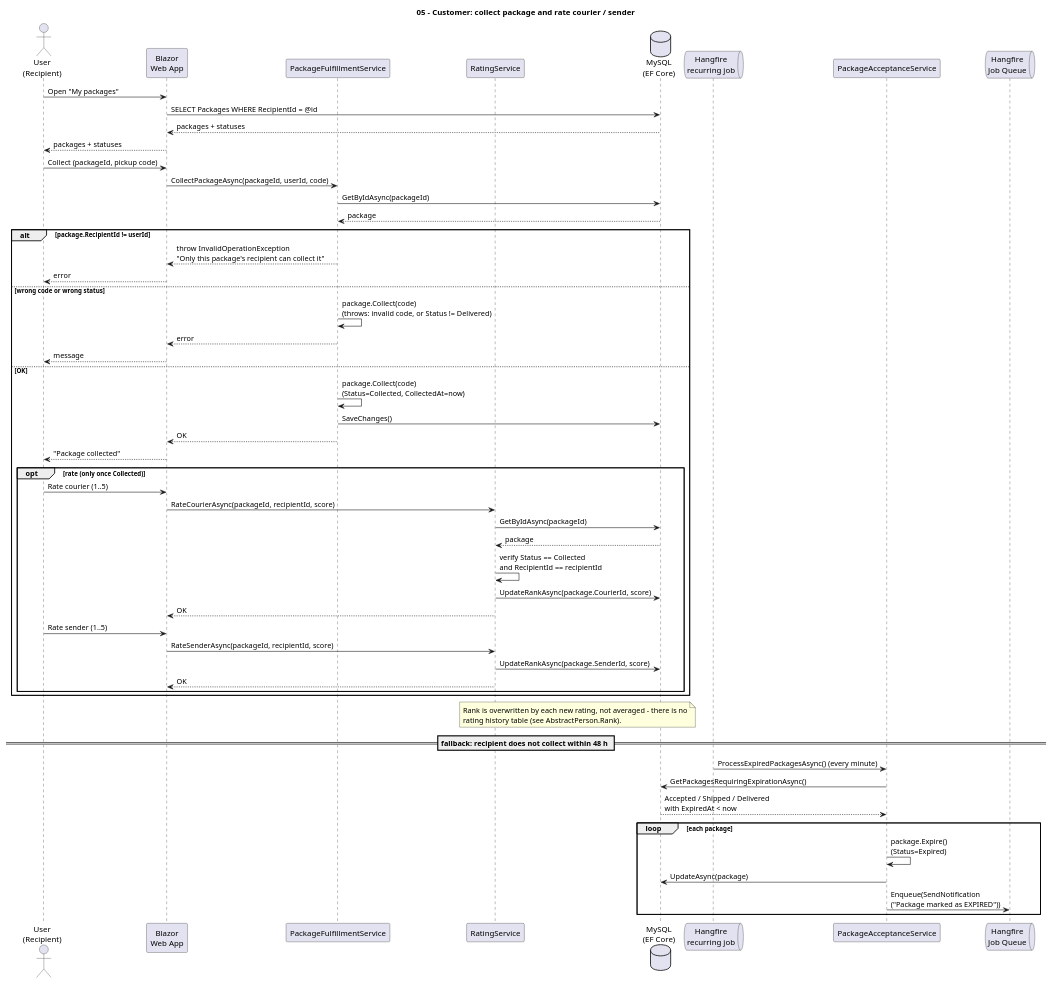
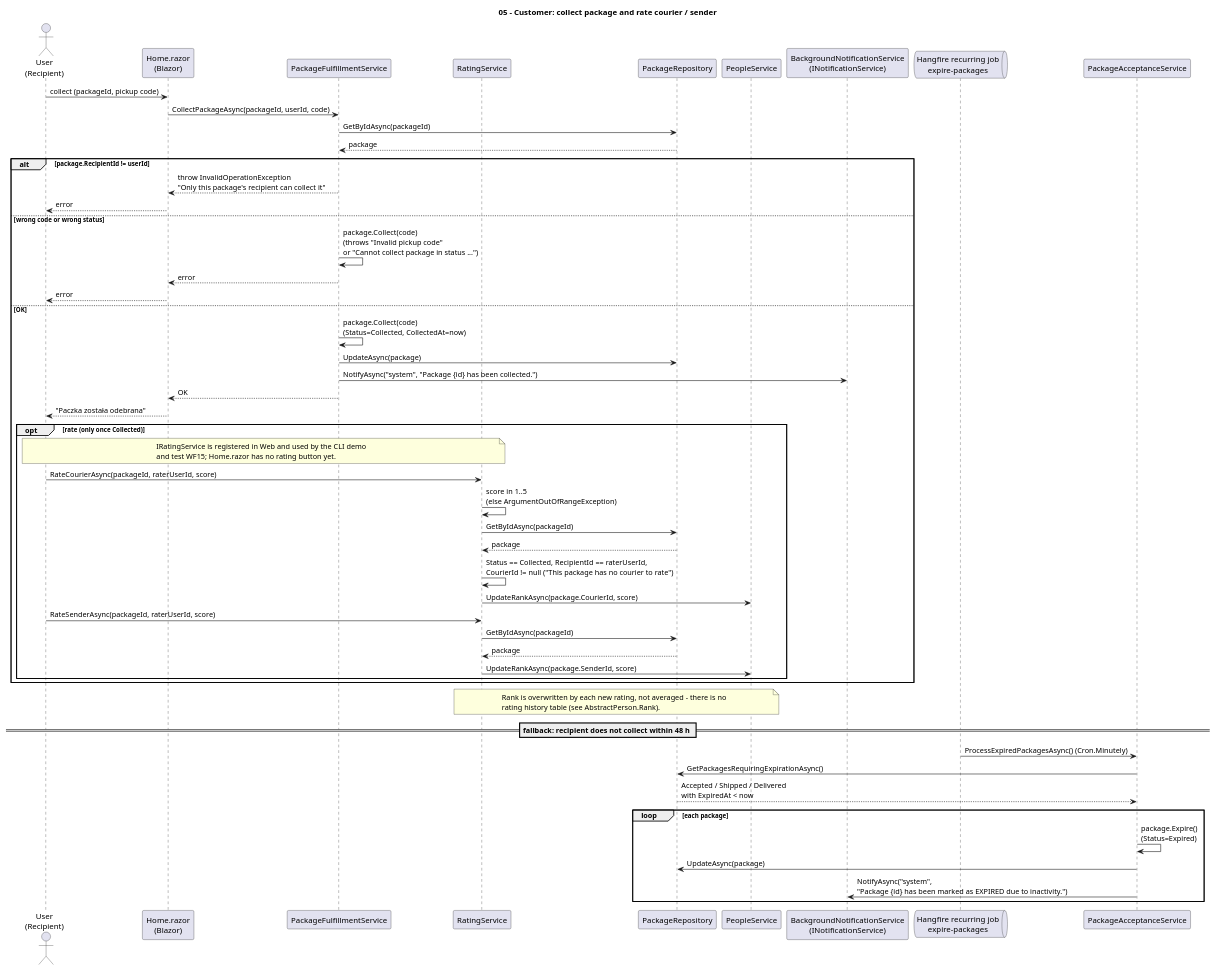
One commit to AGH-ISI-projects/package-management changed the fifth of 6 diagrams in krzycha/docs/nowe/sekwencje/sequence-diagrams.puml. Above: the diagram before and after it, drawn with PlantUML. The commit also changed other lines of this file and 20 other files, not shown here.

First line of the commit message:
Diagramy w docs/nowe: tylko klasy i metody istniejące w kodzie

```diff
--- a/krzycha/docs/nowe/sekwencje/sequence-diagrams.puml
+++ b/krzycha/docs/nowe/sekwencje/sequence-diagrams.puml
@@ -256,67 +292,67 @@
 @startuml 05-customer-collect-and-rate
 title 05 - Customer: collect package and rate courier / sender
 
 actor "User\n(Recipient)" as Recipient
-participant "Blazor\nWeb App" as Web
+participant "Home.razor\n(Blazor)" as Web
 participant "PackageFulfillmentService" as FulfillSvc
 participant "RatingService" as RatingSvc
-database "MySQL\n(EF Core)" as DB
+participant "PackageRepository" as PkgRepo
+participant "PeopleService" as People
+participant "BackgroundNotificationService\n(INotificationService)" as Notify
 
-Recipient -> Web: Open "My packages"
-Web -> DB: SELECT Packages WHERE RecipientId = @id
-DB --> Web: packages + statuses
-Web --> Recipient: packages + statuses
-
-Recipient -> Web: Collect (packageId, pickup code)
+Recipient -> Web: collect (packageId, pickup code)
 Web -> FulfillSvc: CollectPackageAsync(packageId, userId, code)
-FulfillSvc -> DB: GetByIdAsync(packageId)
-DB --> FulfillSvc: package
+FulfillSvc -> PkgRepo: GetByIdAsync(packageId)
+PkgRepo --> FulfillSvc: package
 
 alt package.RecipientId != userId
     FulfillSvc --> Web: throw InvalidOperationException\n"Only this package's recipient can collect it"
     Web --> Recipient: error
 else wrong code or wrong status
-    FulfillSvc -> FulfillSvc: package.Collect(code)\n(throws: invalid code, or Status != Delivered)
+    FulfillSvc -> FulfillSvc: package.Collect(code)\n(throws "Invalid pickup code"\nor "Cannot collect package in status ...")
     FulfillSvc --> Web: error
-    Web --> Recipient: message
+    Web --> Recipient: error
 else OK
     FulfillSvc -> FulfillSvc: package.Collect(code)\n(Status=Collected, CollectedAt=now)
-    FulfillSvc -> DB: SaveChanges()
+    FulfillSvc -> PkgRepo: UpdateAsync(package)
+    FulfillSvc -> Notify: NotifyAsync("system", "Package {id} has been collected.")
     FulfillSvc --> Web: OK
-    Web --> Recipient: "Package collected"
+    Web --> Recipient: "Paczka została odebrana"
 
     opt rate (only once Collected)
-        Recipient -> Web: Rate courier (1..5)
-        Web -> RatingSvc: RateCourierAsync(packageId, recipientId, score)
-        RatingSvc -> DB: GetByIdAsync(packageId)
-        DB --> RatingSvc: package
-        RatingSvc -> RatingSvc: verify Status == Collected\nand RecipientId == recipientId
-        RatingSvc -> DB: UpdateRankAsync(package.CourierId, score)
-        RatingSvc --> Web: OK
+        note over Recipient, RatingSvc
+          IRatingService is registered in Web and used by the CLI demo
+          and test WF15; Home.razor has no rating button yet.
+        end note
+        Recipient -> RatingSvc: RateCourierAsync(packageId, raterUserId, score)
+        RatingSvc -> RatingSvc: score in 1..5\n(else ArgumentOutOfRangeException)
+        RatingSvc -> PkgRepo: GetByIdAsync(packageId)
+        PkgRepo --> RatingSvc: package
+        RatingSvc -> RatingSvc: Status == Collected, RecipientId == raterUserId,\nCourierId != null ("This package has no courier to rate")
+        RatingSvc -> People: UpdateRankAsync(package.CourierId, score)
 
-        Recipient -> Web: Rate sender (1..5)
-        Web -> RatingSvc: RateSenderAsync(packageId, recipientId, score)
-        RatingSvc -> DB: UpdateRankAsync(package.SenderId, score)
-        RatingSvc --> Web: OK
+        Recipient -> RatingSvc: RateSenderAsync(packageId, raterUserId, score)
+        RatingSvc -> PkgRepo: GetByIdAsync(packageId)
+        PkgRepo --> RatingSvc: package
+        RatingSvc -> People: UpdateRankAsync(package.SenderId, score)
     end
 end
 
-note over RatingSvc, DB
+note over RatingSvc, People
   Rank is overwritten by each new rating, not averaged - there is no
   rating history table (see AbstractPerson.Rank).
 end note
 
 == fallback: recipient does not collect within 48 h ==
-queue "Hangfire\nrecurring job" as Recurring
+queue "Hangfire recurring job\nexpire-packages" as Recurring
 participant "PackageAcceptanceService" as AcceptSvc
-queue "Hangfire\nJob Queue" as Hangfire
-Recurring -> AcceptSvc: ProcessExpiredPackagesAsync() (every minute)
-AcceptSvc -> DB: GetPackagesRequiringExpirationAsync()
-DB --> AcceptSvc: Accepted / Shipped / Delivered\nwith ExpiredAt < now
+Recurring -> AcceptSvc: ProcessExpiredPackagesAsync() (Cron.Minutely)
+AcceptSvc -> PkgRepo: GetPackagesRequiringExpirationAsync()
+PkgRepo --> AcceptSvc: Accepted / Shipped / Delivered\nwith ExpiredAt < now
 loop each package
     AcceptSvc -> AcceptSvc: package.Expire()\n(Status=Expired)
-    AcceptSvc -> DB: UpdateAsync(package)
-    AcceptSvc -> Hangfire: Enqueue(SendNotification\n("Package marked as EXPIRED"))
+    AcceptSvc -> PkgRepo: UpdateAsync(package)
+    AcceptSvc -> Notify: NotifyAsync("system",\n"Package {id} has been marked as EXPIRED due to inactivity.")
 end
 
 @enduml
```
